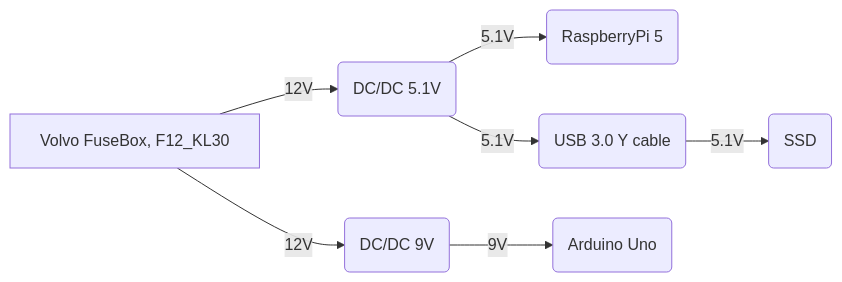
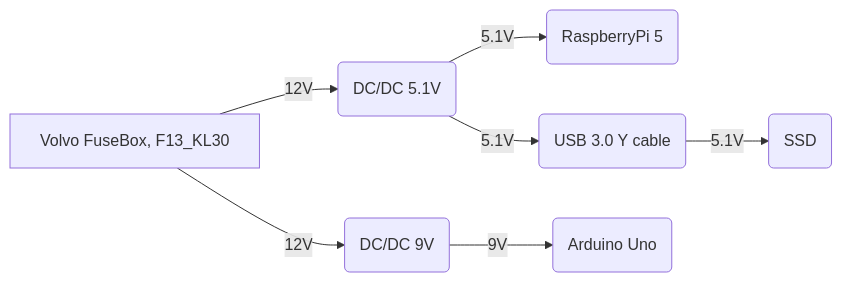
One commit to martis2580/Outdated-Volvo-Nav-Retrofit changed the diagram in README.md. Above: the diagram before and after it, drawn with Mermaid.

Commit message:
Update FuseBox reference in flowchart

````diff
--- a/README.md
+++ b/README.md
@@ -45,9 +45,9 @@
 ```mermaid
 flowchart LR
 
-A[Volvo FuseBox, F12_KL30] -->|12V| B(DC/DC 5.1V)
-A[Volvo FuseBox, F12_KL30] -->|12V| C(DC/DC 9V)
+A[Volvo FuseBox, F13_KL30] -->|12V| B(DC/DC 5.1V)
+A[Volvo FuseBox, F13_KL30] -->|12V| C(DC/DC 9V)
 B -->|5.1V| D(RaspberryPi 5)
 B -->|5.1V| E(USB 3.0 Y cable)-->|5.1V| F(SSD)
 C -->|9V| G(Arduino Uno)
 ```
````
